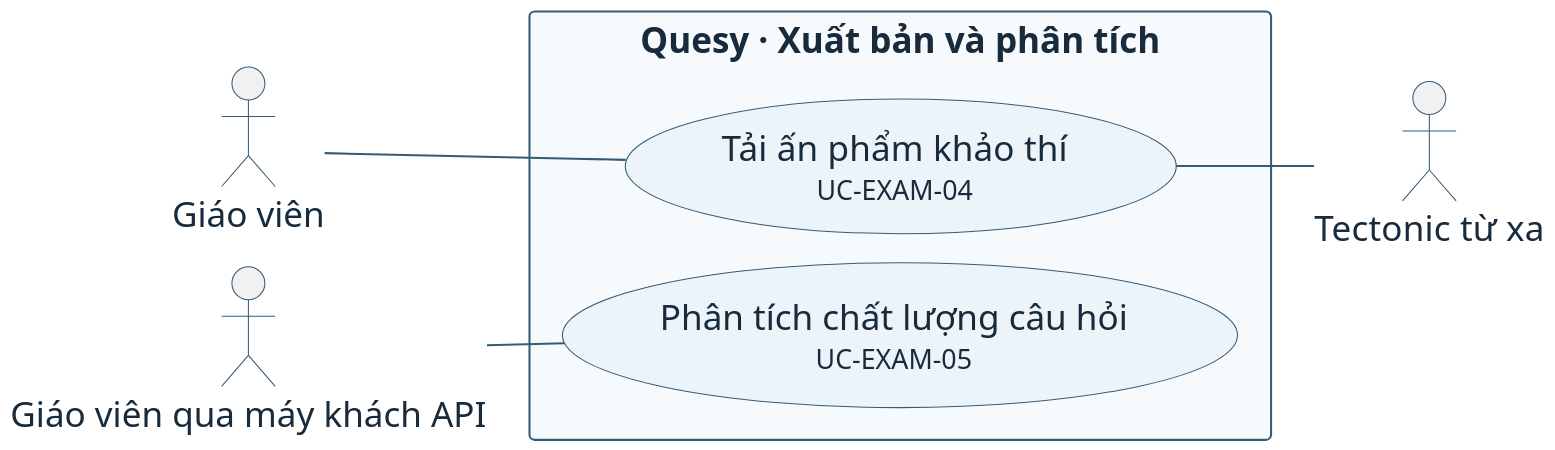
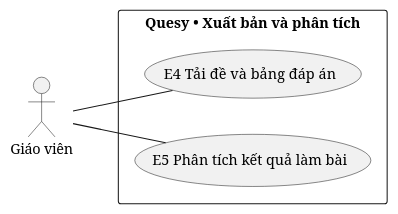
One commit to ngnsusinn/quesy changed the diagram in docs/bao_cao_hien_trang/plantuml/uc_publish.puml. Above: the diagram before and after it, drawn with PlantUML. The commit also changed 24 other files, not shown here.

Commit message:
docs: rewrite Quesy system reports with default PlantUML diagrams

```diff
--- a/docs/bao_cao_hien_trang/plantuml/uc_publish.puml
+++ b/docs/bao_cao_hien_trang/plantuml/uc_publish.puml
@@ -1,31 +1,10 @@
 @startuml
-skinparam backgroundColor white
-skinparam defaultFontName Segoe UI
-skinparam defaultFontSize 17
-skinparam shadowing false
-skinparam ArrowColor #365B76
-skinparam defaultFontColor #172B3C
-skinparam nodesep 24
-skinparam ranksep 26
-scale 2
-skinparam usecaseBackgroundColor #EDF4F9
-skinparam usecaseBorderColor #365B76
-skinparam actorBorderColor #365B76
-skinparam rectangleBackgroundColor #F7FAFC
-skinparam rectangleBorderColor #365B76
-skinparam nodesep 14
-skinparam ranksep 37
-
 left to right direction
-actor "Giáo viên" as Teacher
-actor "Giáo viên qua máy khách API" as Client
-rectangle "Quesy · Xuất bản và phân tích" {
-  usecase "Tải ấn phẩm khảo thí\n<size:13>UC-EXAM-04</size>" as U1
-  usecase "Phân tích chất lượng câu hỏi\n<size:13>UC-EXAM-05</size>" as U2
+actor "Giáo viên" as T
+rectangle "Quesy • Xuất bản và phân tích" {
+  usecase "E4  Tải đề và bảng đáp án" as E4
+  usecase "E5  Phân tích kết quả làm bài" as E5
 }
-actor "Tectonic từ xa" as Compiler
-Teacher -- U1
-U1 -- Compiler
-Client -- U2
-U2 -[hidden]right- U1
+T -- E4
+T -- E5
 @enduml
```
